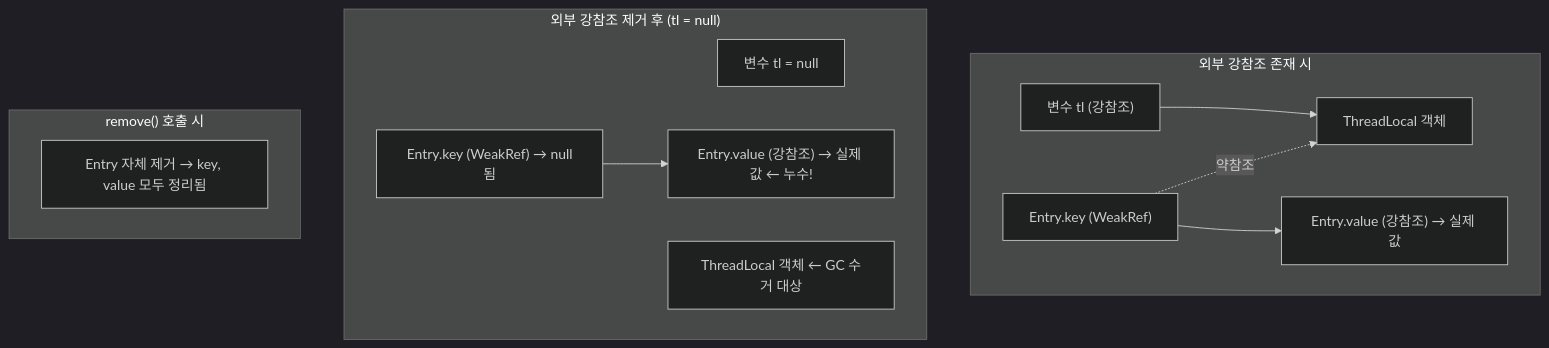
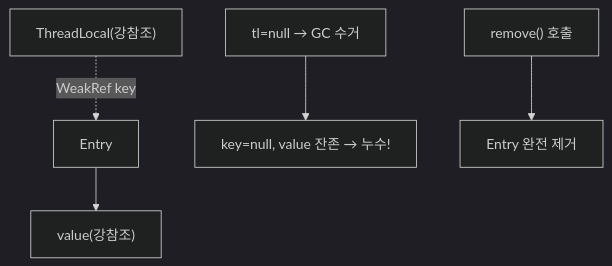
Before and after one commit to yjkim2015/yjkim2015.github.io: the fourth of 5 diagrams in _posts/java/2026-05-01-java-threadlocal.md, drawn with Mermaid (dark theme). The commit also changed other lines of this file and 215 other files, not shown here.

First line of the commit message:
신규 포스트 10개 추가 + Mermaid 전면 축소 + SystemDesign 시리즈 보강

````diff
--- a/_posts/java/2026-05-01-java-threadlocal.md
+++ b/_posts/java/2026-05-01-java-threadlocal.md
@@ -233,19 +192,7 @@
 ```mermaid
 graph TD
-    subgraph "외부 강참조 존재 시"
-        VAR1["변수 tl (강참조)"] --> TL1["ThreadLocal 객체"]
-        ENTRY1["Entry.key (WeakRef)"] -.->|"약참조"| TL1
-        ENTRY1 --> VAL1["Entry.value (강참조) → 실제 값"]
-    end
-
-    subgraph "외부 강참조 제거 후 (tl = null)"
-        VAR2["변수 tl = null"]
-        TL2["ThreadLocal 객체 ← GC 수거 대상"]
-        ENTRY2["Entry.key (WeakRef) → null됨"]
-        ENTRY2 --> VAL2["Entry.value (강참조) → 실제 값 ← 누수!"]
-    end
-
-    subgraph "remove() 호출 시"
-        REMOVED["Entry 자체 제거 → key, value 모두 정리됨"]
-    end
+    TL["ThreadLocal(강참조)"] -.->|"WeakRef key"| ENTRY["Entry"]
+    ENTRY --> VAL["value(강참조)"]
+    NULL["tl=null → GC 수거"] --> LEAK["key=null, value 잔존 → 누수!"]
+    REMOVE["remove() 호출"] --> CLEAN["Entry 완전 제거"]
 ```
````
